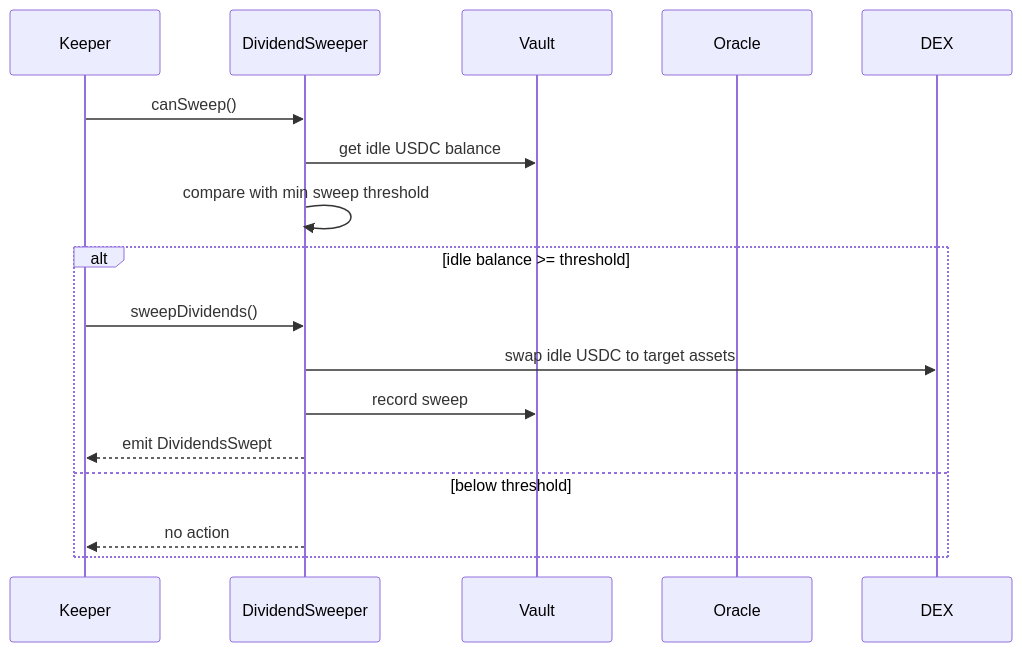
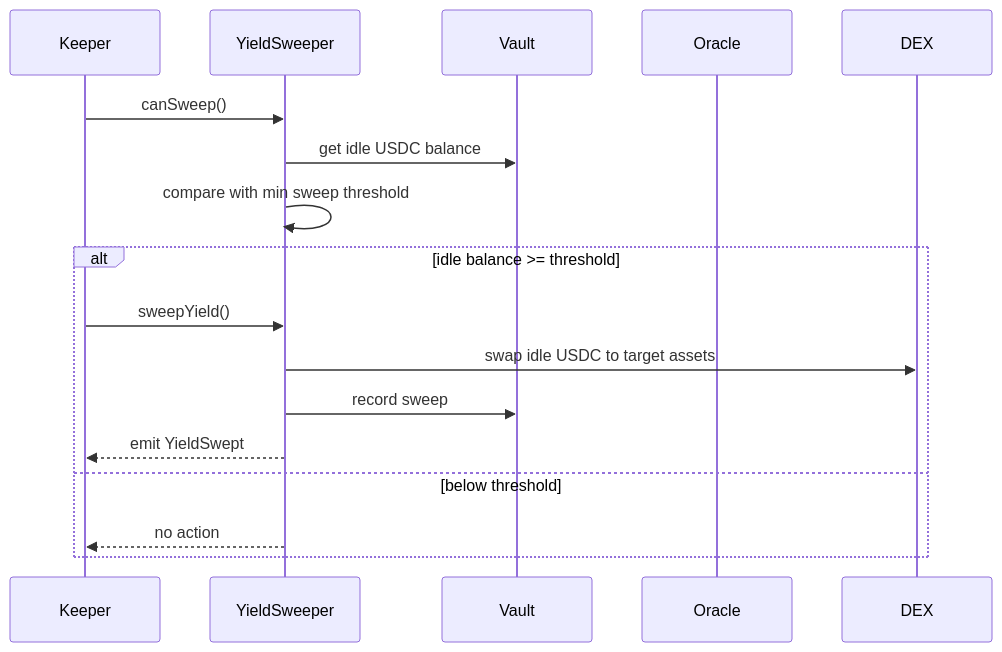
One commit to newconomics-bit/JAGAD-The-Universal-Vault changed the sixth of 6 diagrams in ARCHITECTURE.md. Above: the diagram before and after it, drawn with Mermaid. The commit also changed other lines of this file, not shown here.

````diff
--- a/ARCHITECTURE.md
+++ b/ARCHITECTURE.md
@@ -881,20 +1070,20 @@
 ```mermaid
 sequenceDiagram
     participant Keeper
-    participant Sweeper as DividendSweeper
+    participant Sweeper as YieldSweeper
     participant Vault
     participant Oracle
     participant DEX
 
     Keeper->>Sweeper: canSweep()
     Sweeper->>Vault: get idle USDC balance
     Sweeper->>Sweeper: compare with min sweep threshold
     alt idle balance >= threshold
-        Keeper->>Sweeper: sweepDividends()
+        Keeper->>Sweeper: sweepYield()
         Sweeper->>DEX: swap idle USDC to target assets
         Sweeper->>Vault: record sweep
-        Sweeper-->>Keeper: emit DividendsSwept
+        Sweeper-->>Keeper: emit YieldSwept
     else below threshold
         Sweeper-->>Keeper: no action
     end
 ```
````
